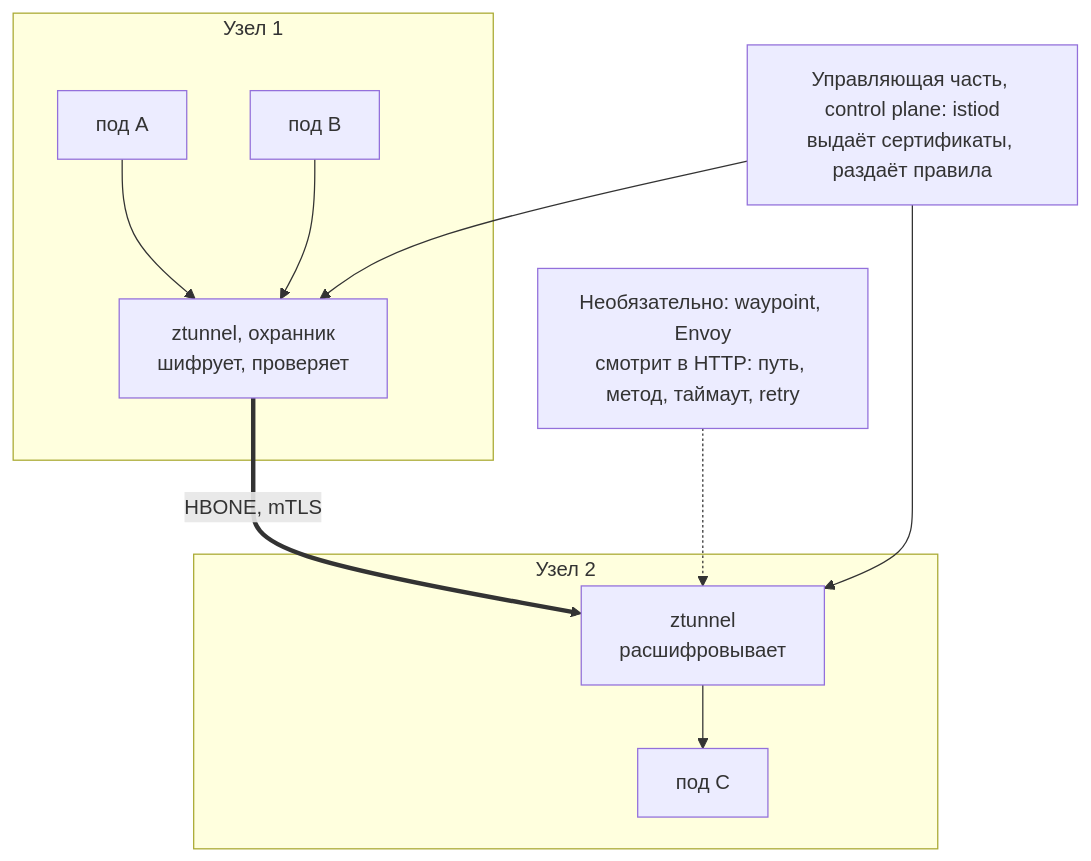
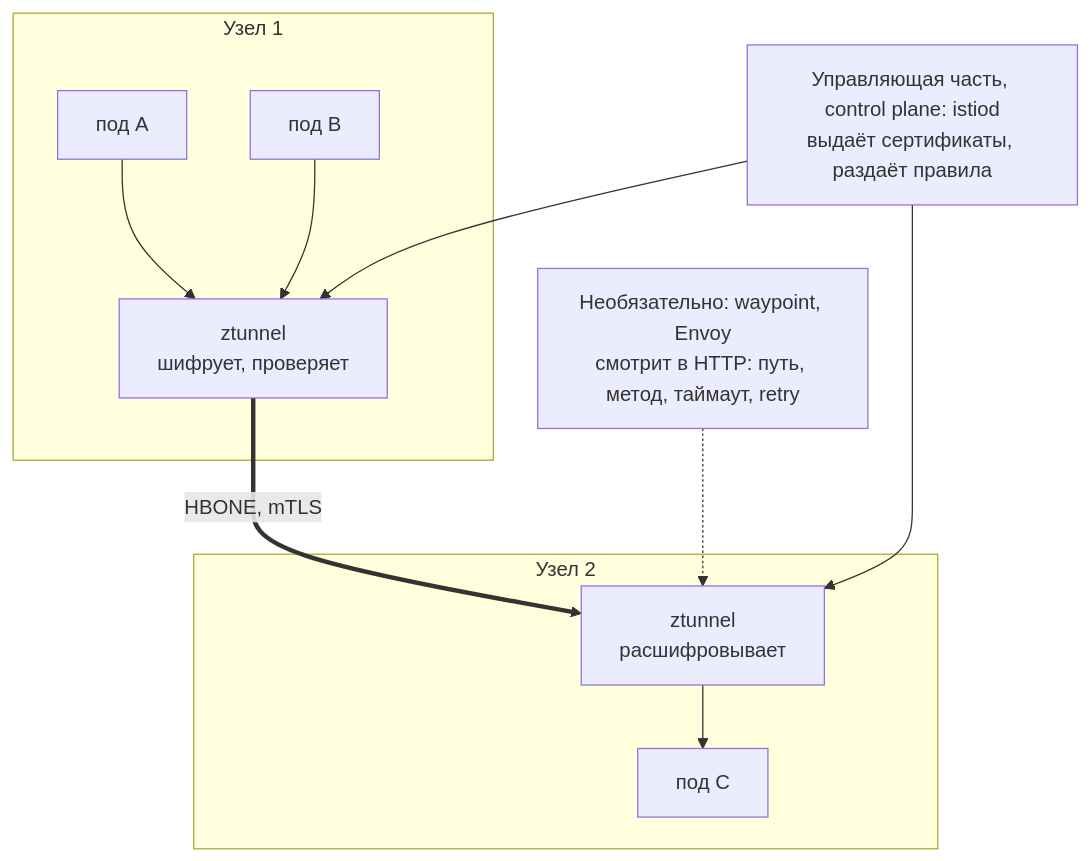
One commit to distinguished-sre/learning changed the first of 4 diagrams in devops/08-observability/10-service-mesh-istio.md. Above: the diagram before and after it, drawn with Mermaid. The commit also changed other lines of this file and 462 other files, not shown here.

````diff
--- a/devops/08-observability/10-service-mesh-istio.md
+++ b/devops/08-observability/10-service-mesh-istio.md
@@ -50,15 +46,15 @@
 ```mermaid
 flowchart TD
     CP["Управляющая часть, control plane: istiod<br>выдаёт сертификаты, раздаёт правила"]
     subgraph U1["Узел 1"]
-        A["под A"] --> Z1["ztunnel, охранник<br>шифрует, проверяет"]
+        A["под A"] --> Z1["ztunnel<br>шифрует, проверяет"]
         B["под B"] --> Z1
     end
     subgraph U2["Узел 2"]
         Z2["ztunnel<br>расшифровывает"] --> C["под C"]
     end
     CP --> Z1
     CP --> Z2
     Z1 ==>|"HBONE, mTLS"| Z2
     W["Необязательно: waypoint, Envoy<br>смотрит в HTTP: путь, метод, таймаут, retry"] -.-> Z2
 ```
````
